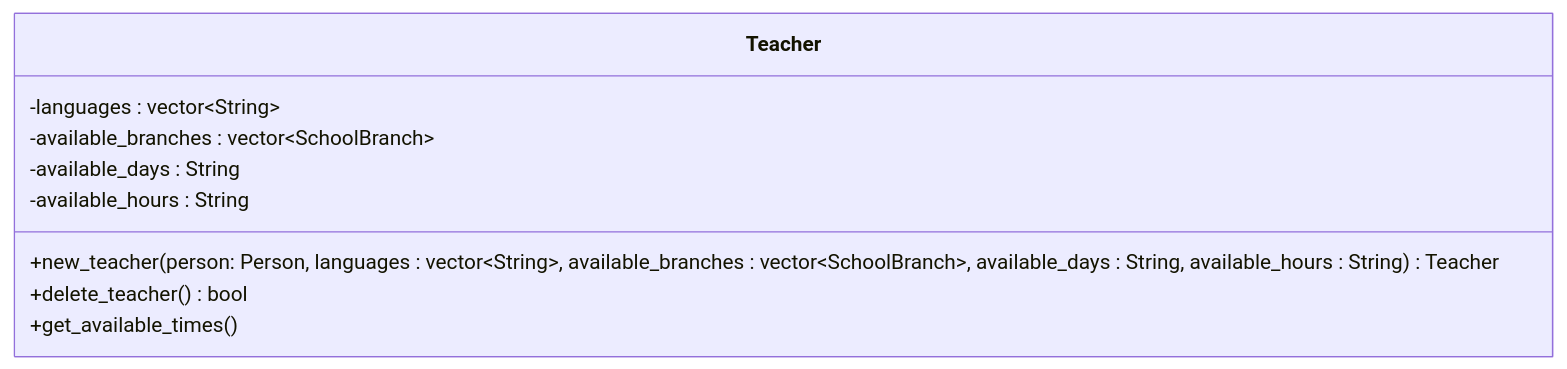
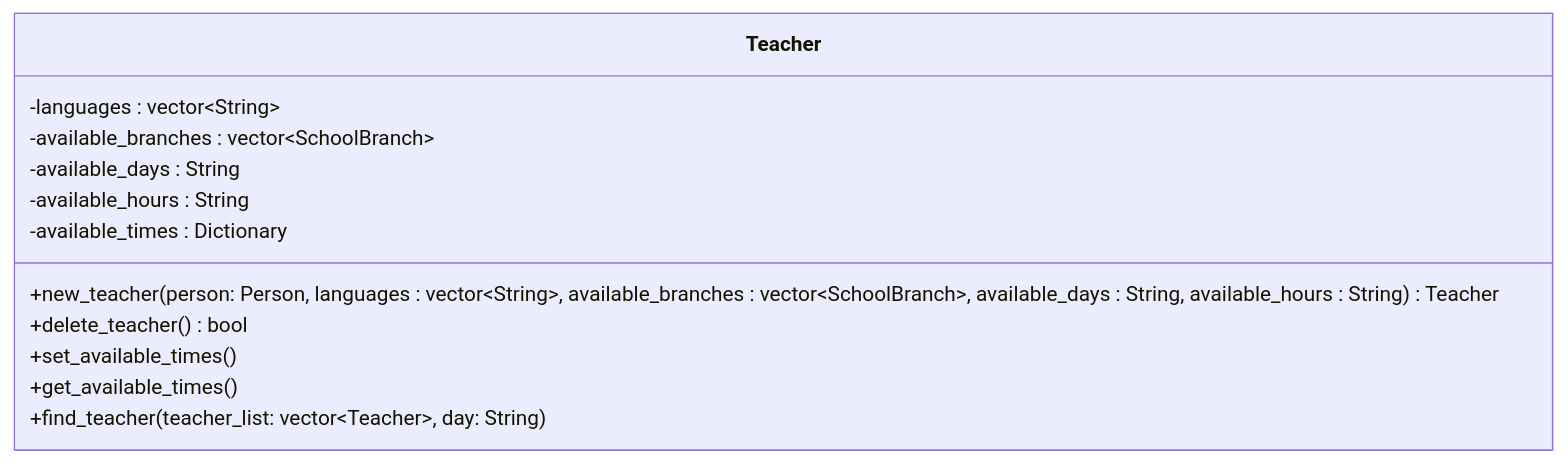
One commit to ondergormez/BLM3722_Software_Engineering changed the fifth of 9 diagrams in Project/UML_Diag.md. Above: the diagram before and after it, drawn with Mermaid. The commit also changed other lines of this file and 2 other files, not shown here.

````diff
--- a/Project/UML_Diag.md
+++ b/Project/UML_Diag.md
@@ -112,12 +113,15 @@
 ```mermaid
 classDiagram    
     class Teacher{
       -languages : vector~String~ 
       -available_branches : vector~SchoolBranch~ 
       -available_days : String 
       -available_hours : String
+      -available_times : Dictionary
       +new_teacher(person: Person, languages : vector~String~, available_branches : vector~SchoolBranch~, available_days : String, available_hours : String)  Teacher
      +delete_teacher() bool
+     +set_available_times()
      +get_available_times()
+     +find_teacher(teacher_list: vector~Teacher~, day: String)
     }
 ```
````
